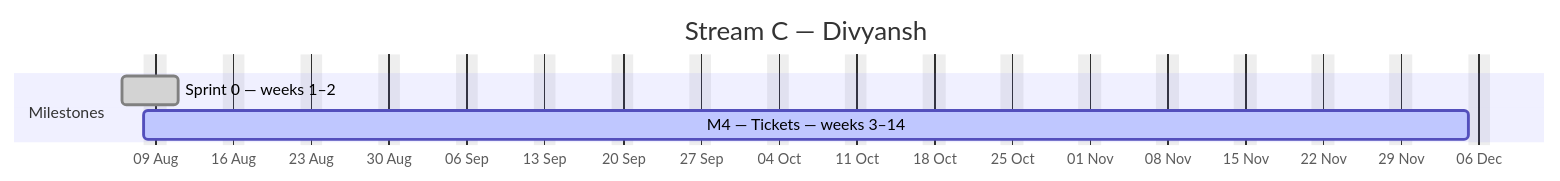
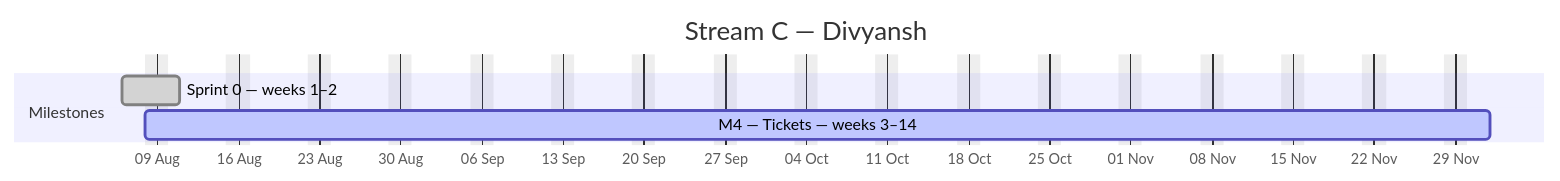
Before and after one commit to debashisedunext/EduTrack: the third of 4 diagrams in docs/plan/GANTT.md, drawn with Mermaid. The commit also changed other lines of this file and 2 other files, not shown here.

````diff
--- a/docs/plan/GANTT.md
+++ b/docs/plan/GANTT.md
@@ -156,10 +155,10 @@
 ```mermaid
 gantt
     dateFormat YYYY-MM-DD
     axisFormat %d %b
     title Stream C — Divyansh
     excludes weekends
     section Milestones
     Sprint 0 — weeks 1–2 :done, c0, 2026-08-06, 3d
-    M4 — Tickets — weeks 3–14 :active, c1, 2026-08-08, 86d
+    M4 — Tickets — weeks 3–14 :active, c1, 2026-08-08, 83d
 ```
````
